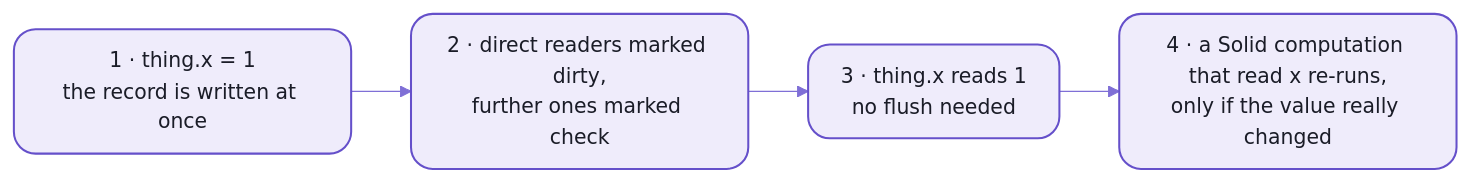
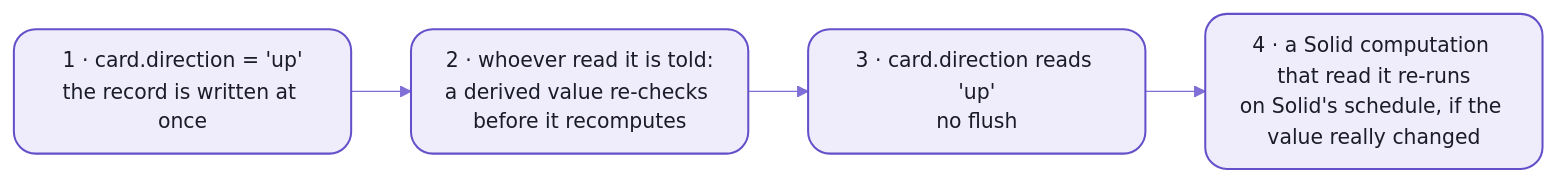
Before and after one commit to spell-app/spell: the second of 2 diagrams in README-util.md, drawn with Mermaid. The commit also changed other lines of this file and 12 other files, not shown here.

````diff
--- a/README-util.md
+++ b/README-util.md
@@ -115,11 +235,13 @@
 ```mermaid
 %%{init: {"theme":"base","themeVariables":{"fontFamily":"-apple-system, BlinkMacSystemFont, Segoe UI, Helvetica, Arial, sans-serif","fontSize":"15px","primaryColor":"#EFECFB","primaryBorderColor":"#6550CA","primaryTextColor":"#1A1C27","secondaryColor":"#F4F1E9","tertiaryColor":"#F7F6FC","lineColor":"#7F6FD6","textColor":"#7F6FD6","clusterBkg":"#F7F6FC","clusterBorder":"#B9B0E8","titleColor":"#1A1C27","edgeLabelBackground":"#F7F6FC","actorBkg":"#EFECFB","actorBorder":"#6550CA","actorTextColor":"#1A1C27","actorLineColor":"#9C90DE","signalColor":"#7F6FD6","signalTextColor":"#7F6FD6","labelBoxBkgColor":"#EFECFB","labelBoxBorderColor":"#6550CA","labelTextColor":"#1A1C27","loopTextColor":"#7F6FD6","noteBkgColor":"#F1E7D4","noteBorderColor":"#C9B48A","noteTextColor":"#1A1C27","activationBkgColor":"#DCD6F7","activationBorderColor":"#6550CA","sequenceNumberColor":"#FFFFFF"},"flowchart":{"curve":"basis","padding":12,"nodeSpacing":40,"rankSpacing":44}}}%%
 flowchart LR
-  write["1 · thing.x = 1<br/>the record is written at once"] --> mark["2 · direct readers marked dirty,<br/>further ones marked check"]
-  mark --> read["3 · thing.x reads 1<br/>no flush needed"]
-  read --> redraw["4 · a Solid computation that read x re-runs,<br/>only if the value really changed"]
+  write["1 · card.direction = 'up'<br/>the record is written at once"]
+  mark["2 · whoever read it is told:<br/>a derived value re-checks before it recomputes"]
+  read["3 · card.direction reads 'up'<br/>no flush"]
+  redraw["4 · a Solid computation that read it re-runs<br/>on Solid's schedule, if the value really changed"]
+  write --> mark --> read --> redraw
   %% the Spell look:  yarn mermaid:pretty
   classDef default fill:#EFECFB,stroke:#6550CA,stroke-width:1.5px,color:#1A1C27,rx:8px,ry:8px
   classDef step fill:#EFECFB,stroke:#6550CA,stroke-width:1.5px,color:#1A1C27,rx:16px,ry:16px
   class write,mark,read,redraw step
 ```
````
